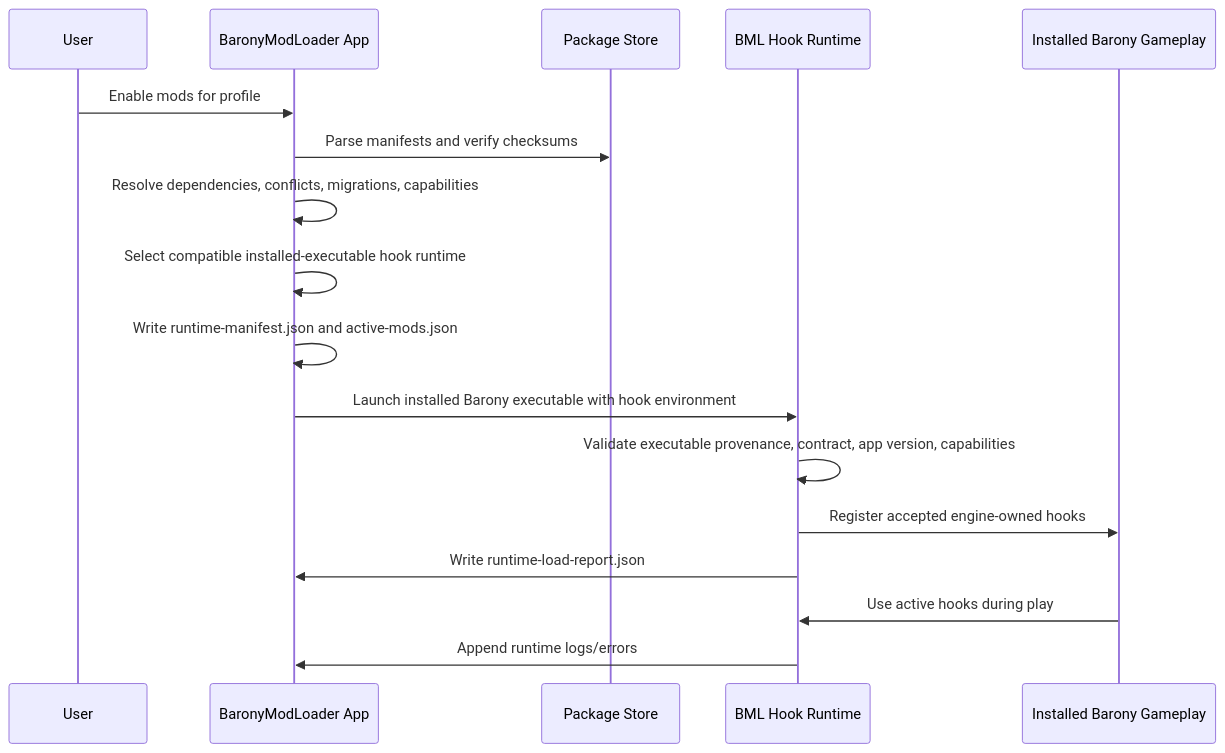
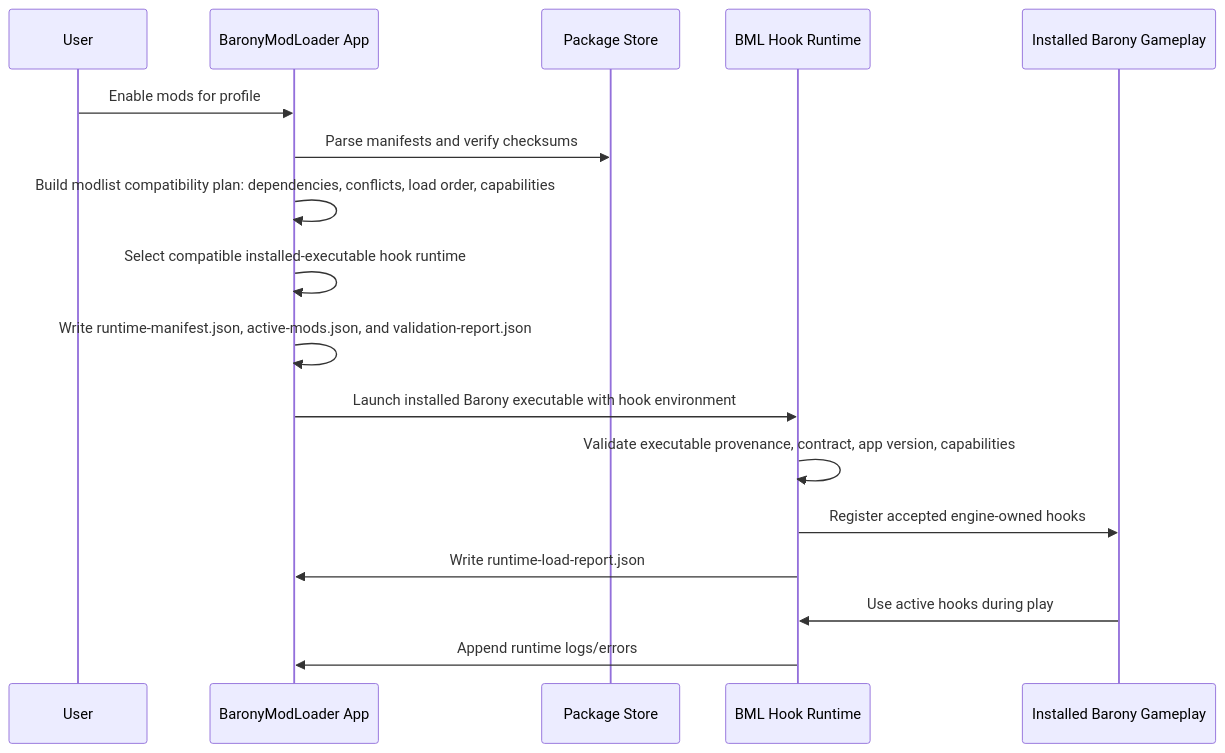
One commit to JMLegere/barony-mods changed the diagram in framework/BaronyModLoader/loader-runtime-contract.md. Above: the diagram before and after it, drawn with Mermaid. The commit also changed other lines of this file and 3 other files, not shown here.

Commit message:
Document BML modlist compatibility launch

````diff
--- a/framework/BaronyModLoader/loader-runtime-contract.md
+++ b/framework/BaronyModLoader/loader-runtime-contract.md
@@ -48,20 +50,20 @@
 ```mermaid
 sequenceDiagram
   participant User
   participant App as BaronyModLoader App
   participant Package as Package Store
   participant Runtime as BML Hook Runtime
   participant Game as Installed Barony Gameplay
 
   User->>App: Enable mods for profile
   App->>Package: Parse manifests and verify checksums
-  App->>App: Resolve dependencies, conflicts, migrations, capabilities
+  App->>App: Build modlist compatibility plan: dependencies, conflicts, load order, capabilities
   App->>App: Select compatible installed-executable hook runtime
-  App->>App: Write runtime-manifest.json and active-mods.json
+  App->>App: Write runtime-manifest.json, active-mods.json, and validation-report.json
   App->>Runtime: Launch installed Barony executable with hook environment
   Runtime->>Runtime: Validate executable provenance, contract, app version, capabilities
   Runtime->>Game: Register accepted engine-owned hooks
   Runtime->>App: Write runtime-load-report.json
   Game->>Runtime: Use active hooks during play
   Runtime->>App: Append runtime logs/errors
 ```
````
